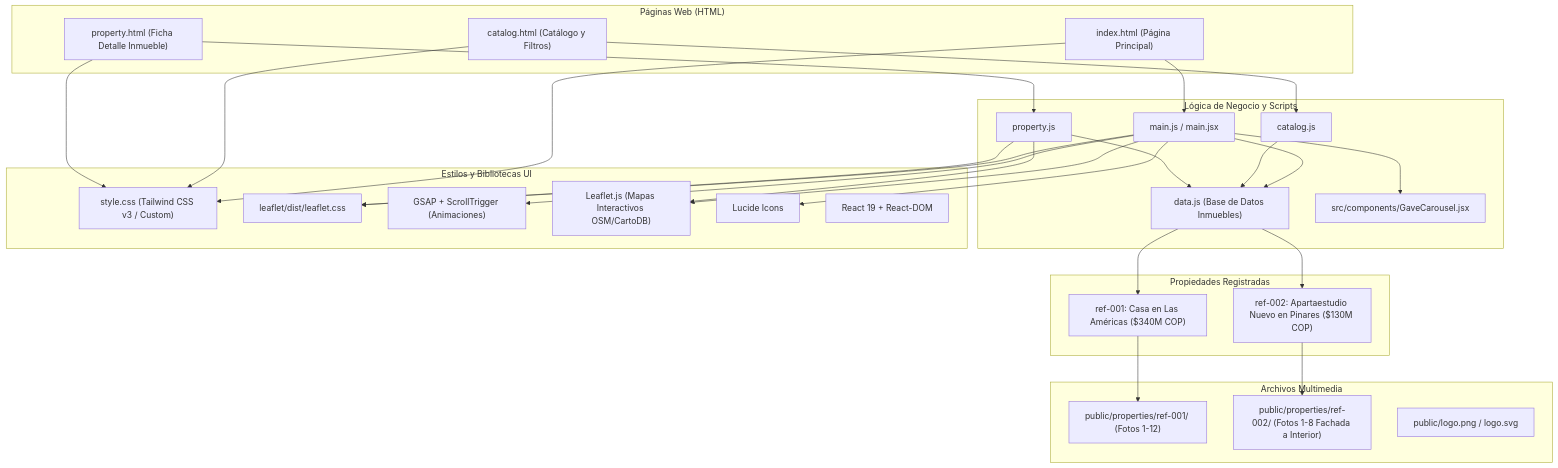
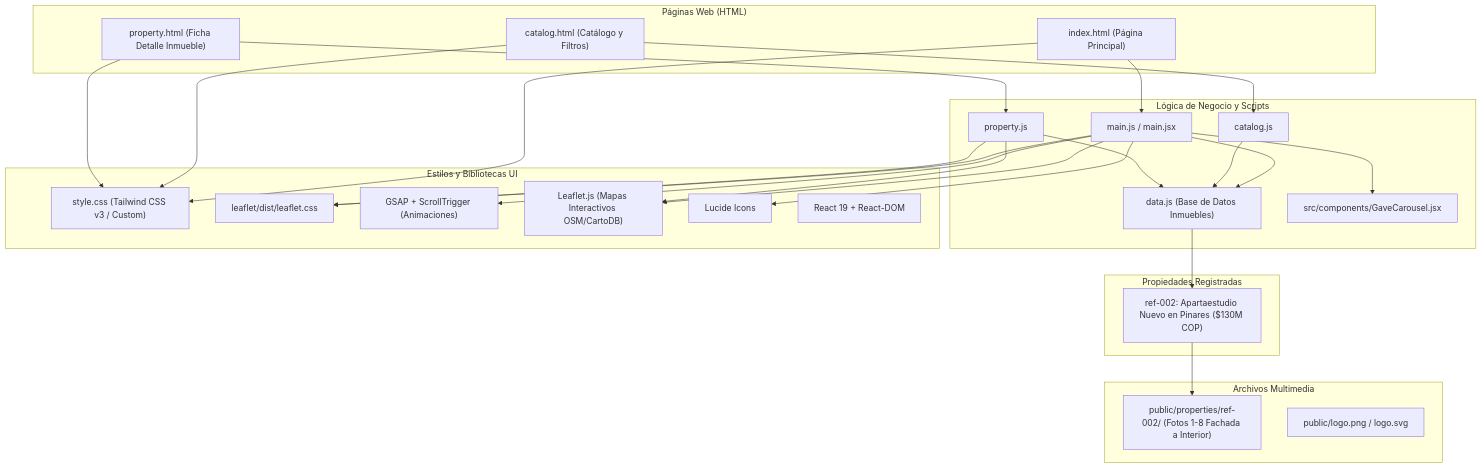
One commit to RedbrickSeven8/gave-propiedades changed the diagram in PROJECT_MAP.md. Above: the diagram before and after it, drawn with Mermaid. The commit also changed other lines of this file and 3 other files, not shown here.

````diff
--- a/PROJECT_MAP.md
+++ b/PROJECT_MAP.md
@@ -5,68 +5,64 @@
 ```mermaid
 graph TD
     %% Rutas Principales
     subgraph Rutas ["Páginas Web (HTML)"]
         Index["index.html (Página Principal)"]
         Catalog["catalog.html (Catálogo y Filtros)"]
         Property["property.html (Ficha Detalle Inmueble)"]
     end
 
     %% Módulos JS y Lógica
     subgraph ModulosJS ["Lógica de Negocio y Scripts"]
         MainJS["main.js / main.jsx"]
         CatalogJS["catalog.js"]
         PropertyJS["property.js"]
         DataJS["data.js (Base de Datos Inmuebles)"]
         GaveCarousel["src/components/GaveCarousel.jsx"]
     end
 
     %% Estilos y Frameworks
     subgraph UI_UX ["Estilos y Bibliotecas UI"]
         StyleCSS["style.css (Tailwind CSS v3 / Custom)"]
         LeafletCSS["leaflet/dist/leaflet.css"]
         GSAP["GSAP + ScrollTrigger (Animaciones)"]
         LeafletJS["Leaflet.js (Mapas Interactivos OSM/CartoDB)"]
         LucideIcons["Lucide Icons"]
         React19["React 19 + React-DOM"]
     end
 
     %% Base de Datos de Inmuebles
     subgraph Inmuebles ["Propiedades Registradas"]
-        Ref001["ref-001: Casa en Las Américas ($340M COP)"]
         Ref002["ref-002: Apartaestudio Nuevo en Pinares ($130M COP)"]
     end
 
     %% Recursos y Multimedia
     subgraph Assets ["Archivos Multimedia"]
-        Ref001_Imgs["public/properties/ref-001/ (Fotos 1-12)"]
         Ref002_Imgs["public/properties/ref-002/ (Fotos 1-8 Fachada a Interior)"]
         BrandLogo["public/logo.png / logo.svg"]
     end
 
     %% Relaciones
     Index --> MainJS
     Catalog --> CatalogJS
     Property --> PropertyJS
 
     MainJS --> DataJS
     MainJS --> GaveCarousel
     MainJS --> LeafletJS
     MainJS --> GSAP
     MainJS --> LucideIcons
 
     CatalogJS --> DataJS
     PropertyJS --> DataJS
     PropertyJS --> LeafletJS
 
-    DataJS --> Ref001
     DataJS --> Ref002
 
-    Ref001 --> Ref001_Imgs
     Ref002 --> Ref002_Imgs
 
     Index --> StyleCSS
     Catalog --> StyleCSS
     Property --> StyleCSS
     MainJS --> LeafletCSS
     PropertyJS --> LeafletCSS
 ```
````
